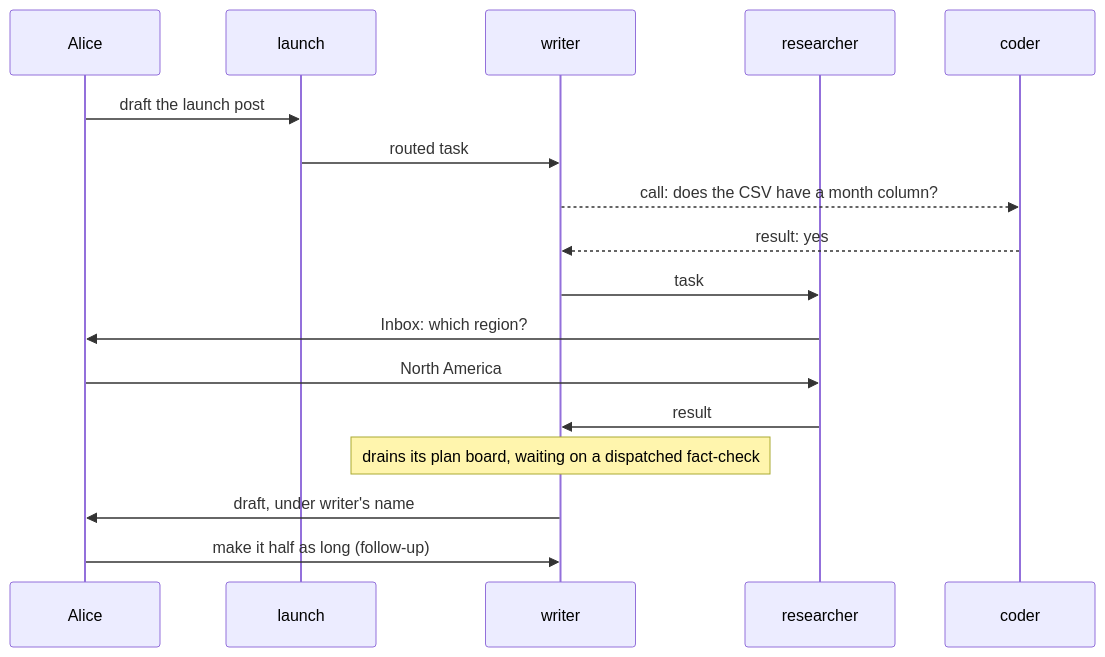
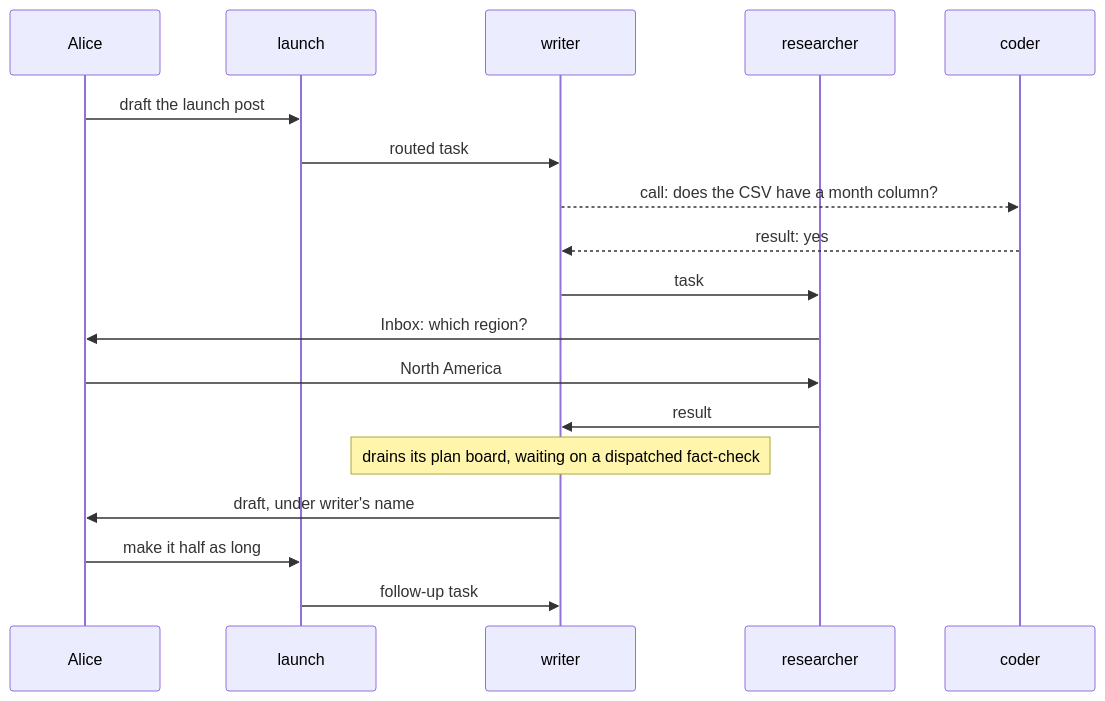
One commit to fixpoint-labs/flow-state-dev changed the second of 2 diagrams in docs/internal/design/workforce-coordination-concept.md. Above: the diagram before and after it, drawn with Mermaid. The commit also changed other lines of this file, not shown here.

First line of the commit message:
docs(design): four task tools, one rule per field; sendMessage to a task (FIX-2056)

````diff
--- a/docs/internal/design/workforce-coordination-concept.md
+++ b/docs/internal/design/workforce-coordination-concept.md
@@ -299,19 +305,20 @@
 ```mermaid
 sequenceDiagram
   participant Alice
   participant launch
   participant writer
   participant researcher
   participant coder
   Alice->>launch: draft the launch post
   launch->>writer: routed task
   writer-->>coder: call: does the CSV have a month column?
   coder-->>writer: result: yes
   writer->>researcher: task
   researcher->>Alice: Inbox: which region?
   Alice->>researcher: North America
   researcher->>writer: result
   Note over writer: drains its plan board, waiting on a dispatched fact-check
   writer->>Alice: draft, under writer's name
-  Alice->>writer: make it half as long (follow-up)
+  Alice->>launch: make it half as long
+  launch->>writer: follow-up task
 ```
````
